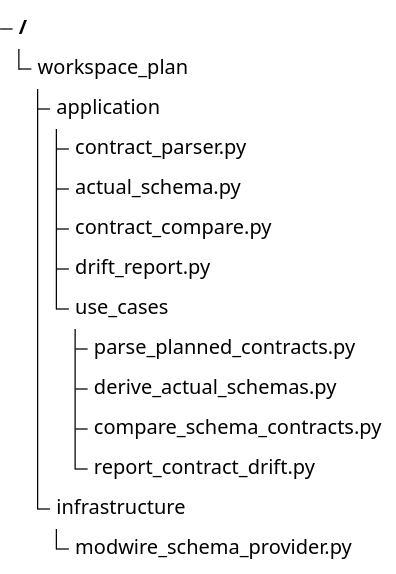
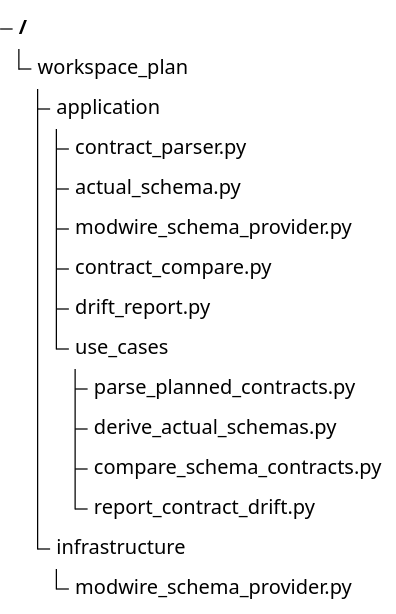
One commit to 9orky/enclosure changed the third of 3 diagrams in .enclosure/plans/planning-workflow/epics/schema-contract-verification/SCHEMAS.md. Above: the diagram before and after it, drawn with Mermaid. The commit also changed other lines of this file and 19 other files, not shown here.

````diff
--- a/.enclosure/plans/planning-workflow/epics/schema-contract-verification/SCHEMAS.md
+++ b/.enclosure/plans/planning-workflow/epics/schema-contract-verification/SCHEMAS.md
@@ -126,18 +146,19 @@
 ```mermaid
 %% contract: files
 %%{init: {"theme": "base", "themeVariables": {"labelColor": "#172033", "lineColor": "#64748b"}}}%%
 treeView-beta
   "workspace_plan"
     "application"
       "contract_parser.py"
       "actual_schema.py"
+      "modwire_schema_provider.py"
       "contract_compare.py"
       "drift_report.py"
       "use_cases"
         "parse_planned_contracts.py"
         "derive_actual_schemas.py"
         "compare_schema_contracts.py"
         "report_contract_drift.py"
     "infrastructure"
       "modwire_schema_provider.py"
 ```
````
